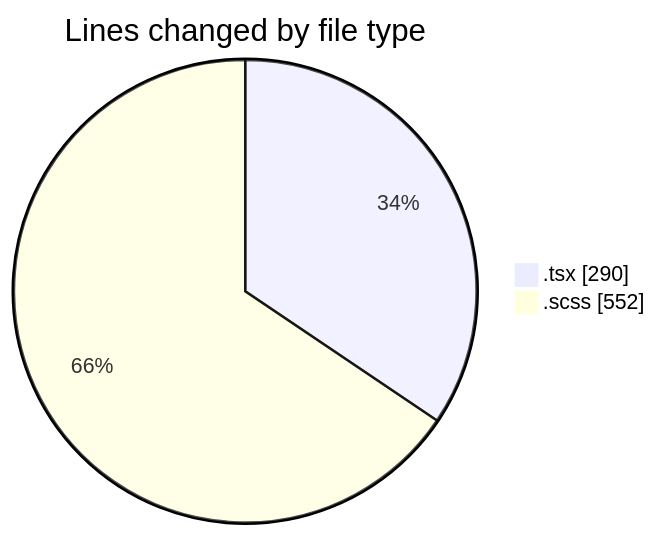
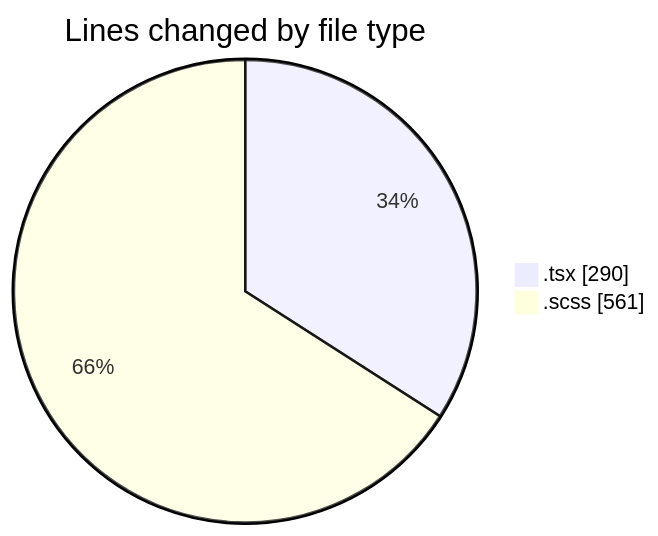
The first of 2 diagrams in 2025-09-19/cda/README.md (momahboobian/code-tracking), drawn with Mermaid before and after one commit. The commit also changed other lines of this file and 1 other file, not shown here.

````diff
--- a/2025-09-19/cda/README.md
+++ b/2025-09-19/cda/README.md
@@ -21,6 +21,6 @@
 ```mermaid
 pie showData
 title Lines changed by file type
 ".tsx" : 290
-".scss" : 552
+".scss" : 561
 ```
````
